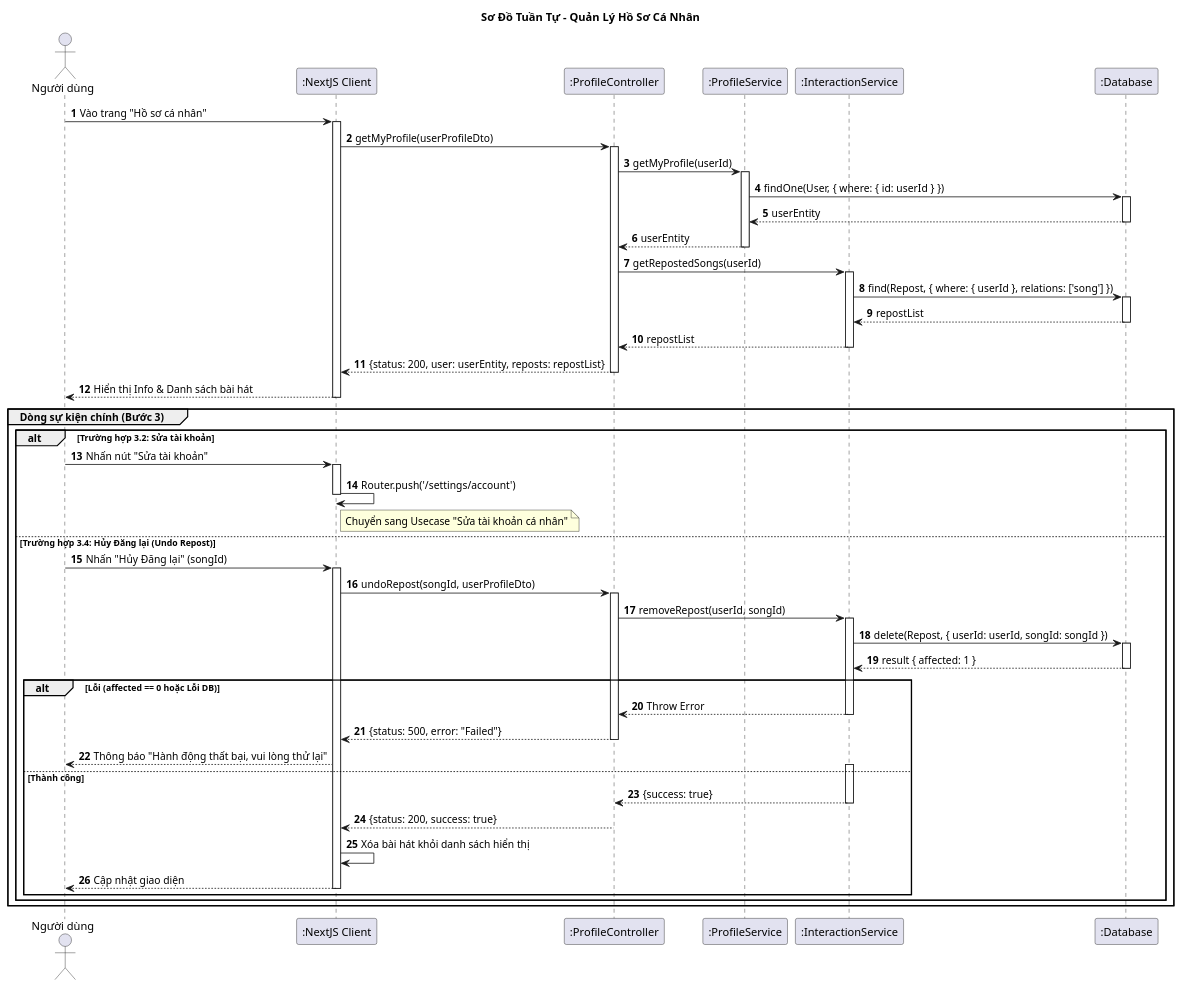
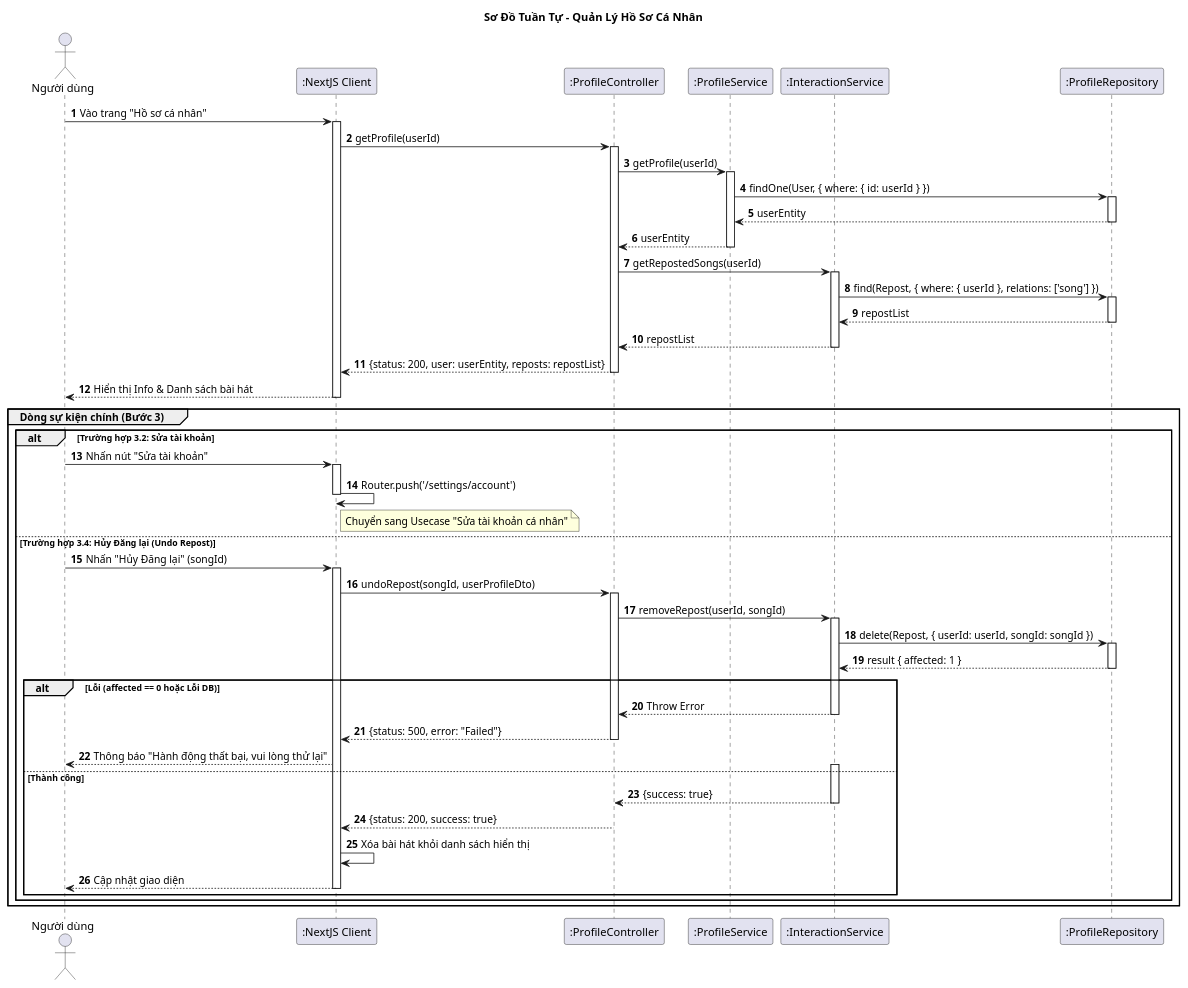
The diagram in Diagrams/SequenceDiagram/ManageProfileSD.plantuml (vinh047/soundwave), drawn with PlantUML before and after one commit. The commit also changed 4 other files, not shown here.

```diff
--- a/Diagrams/SequenceDiagram/ManageProfileSD.plantuml
+++ b/Diagrams/SequenceDiagram/ManageProfileSD.plantuml
@@ -1,102 +1,102 @@
 @startuml Sequence Diagram - Quản Lý Hồ Sơ Cá Nhân 
 
 title Sơ Đồ Tuần Tự - Quản Lý Hồ Sơ Cá Nhân 
 
 actor "Người dùng" as User
 participant ":NextJS Client" as UI
 participant ":ProfileController" as Controller
 participant ":ProfileService" as ProfileService
 participant ":InteractionService" as InterService
-participant ":Database" as DB
+participant ":ProfileRepository" as DB
 
 autonumber
 
 ' === BƯỚC 1 & 2: TẢI GIAO DIỆN ===
 User -> UI: Vào trang "Hồ sơ cá nhân"
 activate UI
-UI -> Controller: getMyProfile(userProfileDto)
+UI -> Controller: getProfile(userId)
 activate Controller
 
 ' 1. Lấy thông tin cá nhân
-Controller -> ProfileService: getMyProfile(userId)
+Controller -> ProfileService: getProfile(userId)
 activate ProfileService
 ProfileService -> DB: findOne(User, { where: { id: userId } })
 activate DB
 DB --> ProfileService: userEntity
 deactivate DB
 ProfileService --> Controller: userEntity
 deactivate ProfileService
 
 ' 2. Lấy danh sách bài hát đã Repost
 Controller -> InterService: getRepostedSongs(userId)
 activate InterService
 InterService -> DB: find(Repost, { where: { userId }, relations: ['song'] })
 activate DB
 DB --> InterService: repostList
 deactivate DB
 InterService --> Controller: repostList
 deactivate InterService
 
 ' Trả về UI
 Controller --> UI: {status: 200, user: userEntity, reposts: repostList}
 deactivate Controller
 
 UI --> User: Hiển thị Info & Danh sách bài hát
 deactivate UI
 
 ' === BƯỚC 3: NGƯỜI DÙNG LỰA CHỌN CHỨC NĂNG ===
 group Dòng sự kiện chính (Bước 3)
 
     ' [PHẦN MỚI THÊM]: 3.2 Sửa tài khoản
     alt Trường hợp 3.2: Sửa tài khoản
         User -> UI: Nhấn nút "Sửa tài khoản"
         activate UI
         
         ' Client tự điều hướng sang trang Edit Account
         UI -> UI: Router.push('/settings/account')
         
         note right of UI: Chuyển sang Usecase "Sửa tài khoản cá nhân"
         deactivate UI
 
     ' [PHẦN CŨ GIỮ NGUYÊN]: 3.4 Hủy đăng lại
     else Trường hợp 3.4: Hủy Đăng lại (Undo Repost)
         User -> UI: Nhấn "Hủy Đăng lại" (songId)
         activate UI
         UI -> Controller: undoRepost(songId, userProfileDto)
         activate Controller
 
         ' Gọi InteractionService
         Controller -> InterService: removeRepost(userId, songId)
         activate InterService
 
         ' Check quyền sở hữu & Xóa
         InterService -> DB: delete(Repost, { userId: userId, songId: songId })
         activate DB
         DB --> InterService: result { affected: 1 }
         deactivate DB
 
         alt Lỗi (affected == 0 hoặc Lỗi DB)
             InterService --> Controller: Throw Error
             deactivate InterService
             Controller --> UI: {status: 500, error: "Failed"}
             deactivate Controller
             
             ' [KHỚP ĐẶC TẢ 3.4.1]
             UI --> User: Thông báo "Hành động thất bại, vui lòng thử lại"
 
         else Thành công
             activate InterService
             InterService --> Controller: {success: true}
             deactivate InterService
             
             ' === BƯỚC 4: LÀM MỚI ===
             Controller --> UI: {status: 200, success: true}
             deactivate Controller
             
             UI -> UI: Xóa bài hát khỏi danh sách hiển thị
             UI --> User: Cập nhật giao diện
             deactivate UI
         end
     end
 end
 @enduml
```
